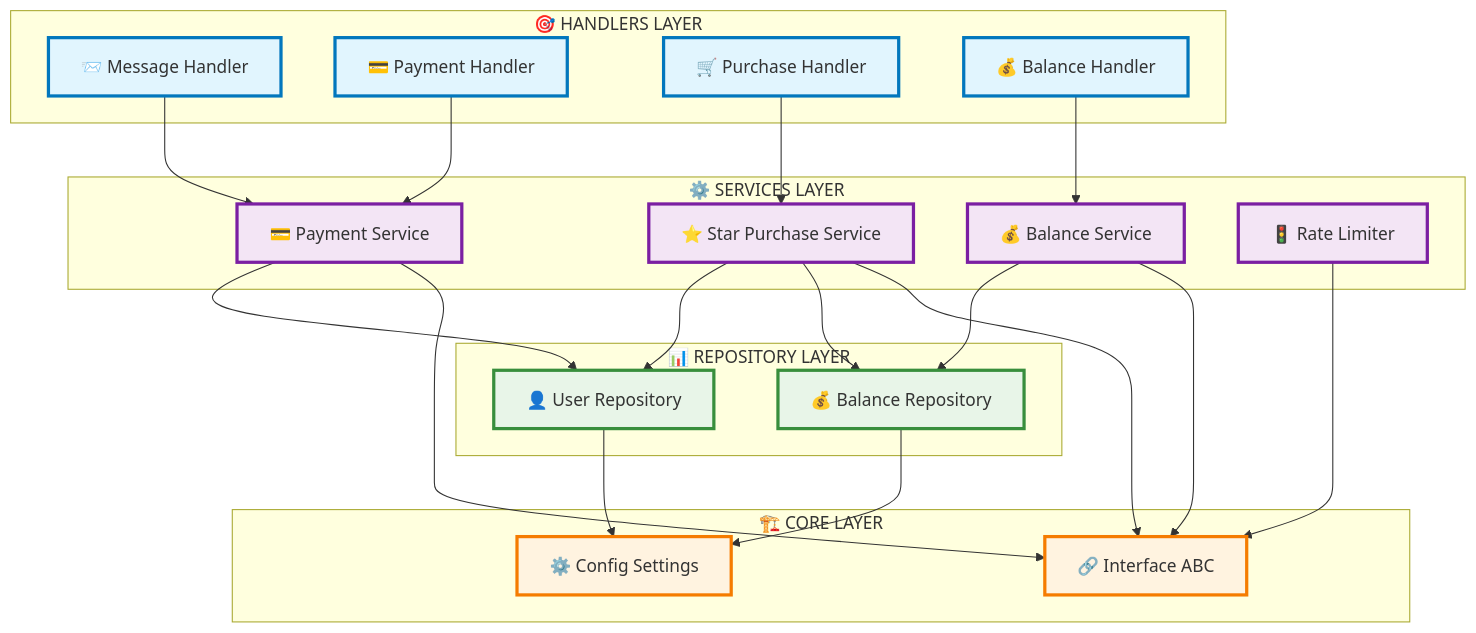
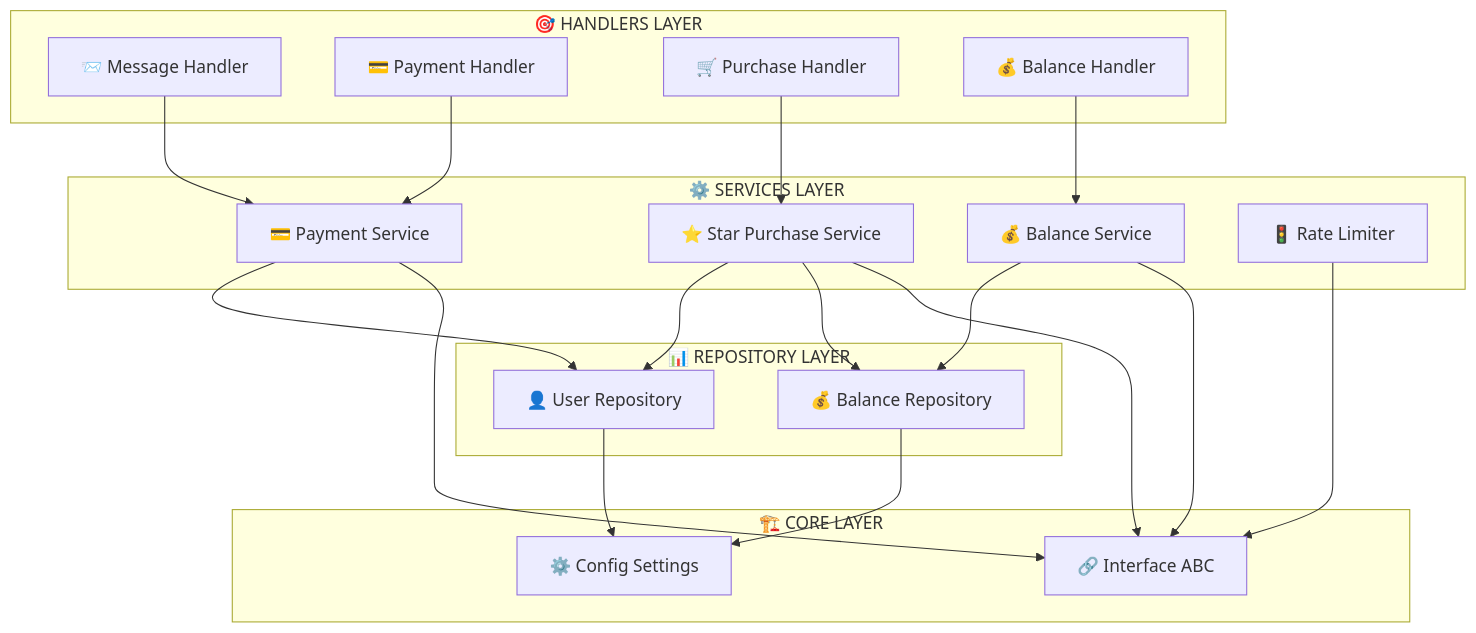
Before and after one commit to neKamita/Mirza-Telegram-Shop-Bot: the third of 10 diagrams in README.md, drawn with Mermaid. The commit also changed other lines of this file and 2 other files, not shown here.

````diff
--- a/README.md
+++ b/README.md
@@ -160,56 +160,45 @@
 ```mermaid
 graph TD
     subgraph "🎯 HANDLERS LAYER"
         MH["📨 Message Handler"]
         PH["💳 Payment Handler"]
         PuH["🛒 Purchase Handler"]
         BH["💰 Balance Handler"]
     end
     
     subgraph "⚙️ SERVICES LAYER"
         PS["💳 Payment Service"]
         BS["💰 Balance Service"]
         SPS["⭐ Star Purchase Service"]
         RL["🚦 Rate Limiter"]
     end
     
     subgraph "📊 REPOSITORY LAYER"
         UR["👤 User Repository"]
         BR["💰 Balance Repository"]
     end
     
     subgraph "🏗️ CORE LAYER"
         INT["🔗 Interface ABC"]
         CFG["⚙️ Config Settings"]
     end
     
     %% Connections between layers
     MH --> PS
     PH --> PS
     PuH --> SPS
     BH --> BS
     
     PS --> UR
     BS --> BR
     SPS --> UR
     SPS --> BR
     
     PS --> INT
     BS --> INT
     SPS --> INT
     RL --> INT
     
     UR --> CFG
     BR --> CFG
-    
-    %% Styling
-    classDef handlerLayer fill:#e1f5fe,stroke:#0277bd,stroke-width:3px
-    classDef serviceLayer fill:#f3e5f5,stroke:#7b1fa2,stroke-width:3px
-    classDef repoLayer fill:#e8f5e8,stroke:#388e3c,stroke-width:3px
-    classDef coreLayer fill:#fff3e0,stroke:#f57c00,stroke-width:3px
-    
-    class MH,PH,PuH,BH handlerLayer
-    class PS,BS,SPS,RL serviceLayer
-    class UR,BR repoLayer
-    class INT,CFG coreLayer
 ```
````
